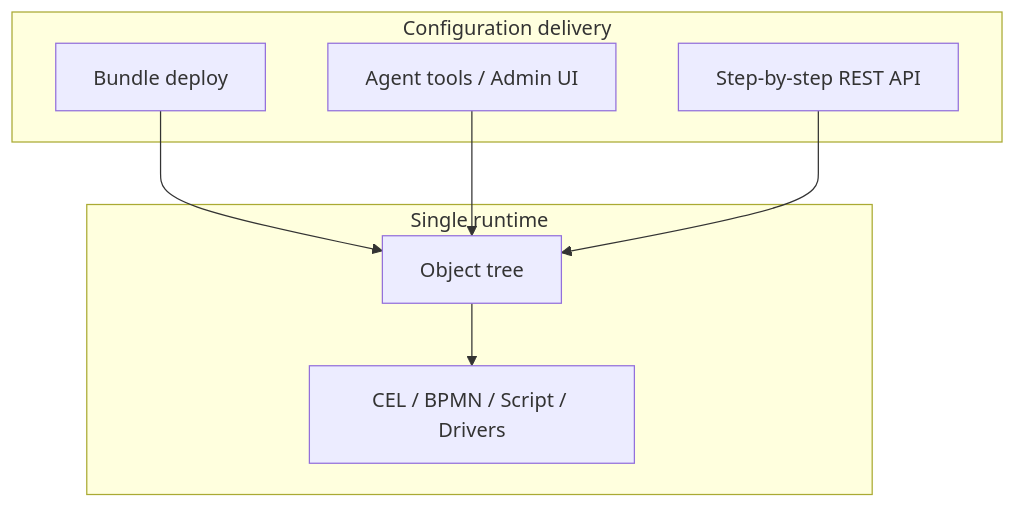
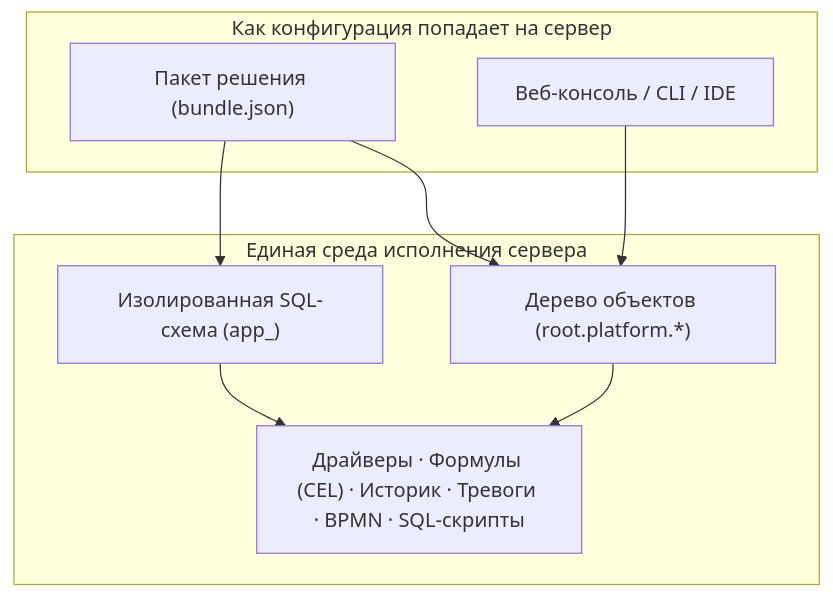
Before and after one commit to iot-solutions-ru/ispf: the diagram in docs/ru/application-principles.md, drawn with Mermaid. The commit also changed other lines of this file and 201 other files, not shown here.

````diff
--- a/docs/ru/application-principles.md
+++ b/docs/ru/application-principles.md
@@ -34,16 +21,17 @@
 ```mermaid
 flowchart TB
-    subgraph delivery [Configuration delivery]
-        Bundle[Bundle deploy]
-        Tools[Agent tools / Admin UI]
-        REST[Step-by-step REST API]
+    subgraph Delivery["Как конфигурация попадает на сервер"]
+        Bundle["Пакет решения (bundle.json)"]
+        Console["Веб-консоль / CLI / IDE"]
     end
-    subgraph runtime [Single runtime]
-        Tree[Object tree]
-        Engines[CEL / BPMN / Script / Drivers]
+    subgraph Runtime["Единая среда исполнения сервера"]
+        Tree["Дерево объектов (root.platform.*)"]
+        Schema["Изолированная SQL-схема (app_<id>)"]
+        Engines["Драйверы · Формулы (CEL) · Историк · Тревоги · BPMN · SQL-скрипты"]
     end
     Bundle --> Tree
-    Tools --> Tree
-    REST --> Tree
+    Bundle --> Schema
+    Console --> Tree
     Tree --> Engines
+    Schema --> Engines
 ```
````
